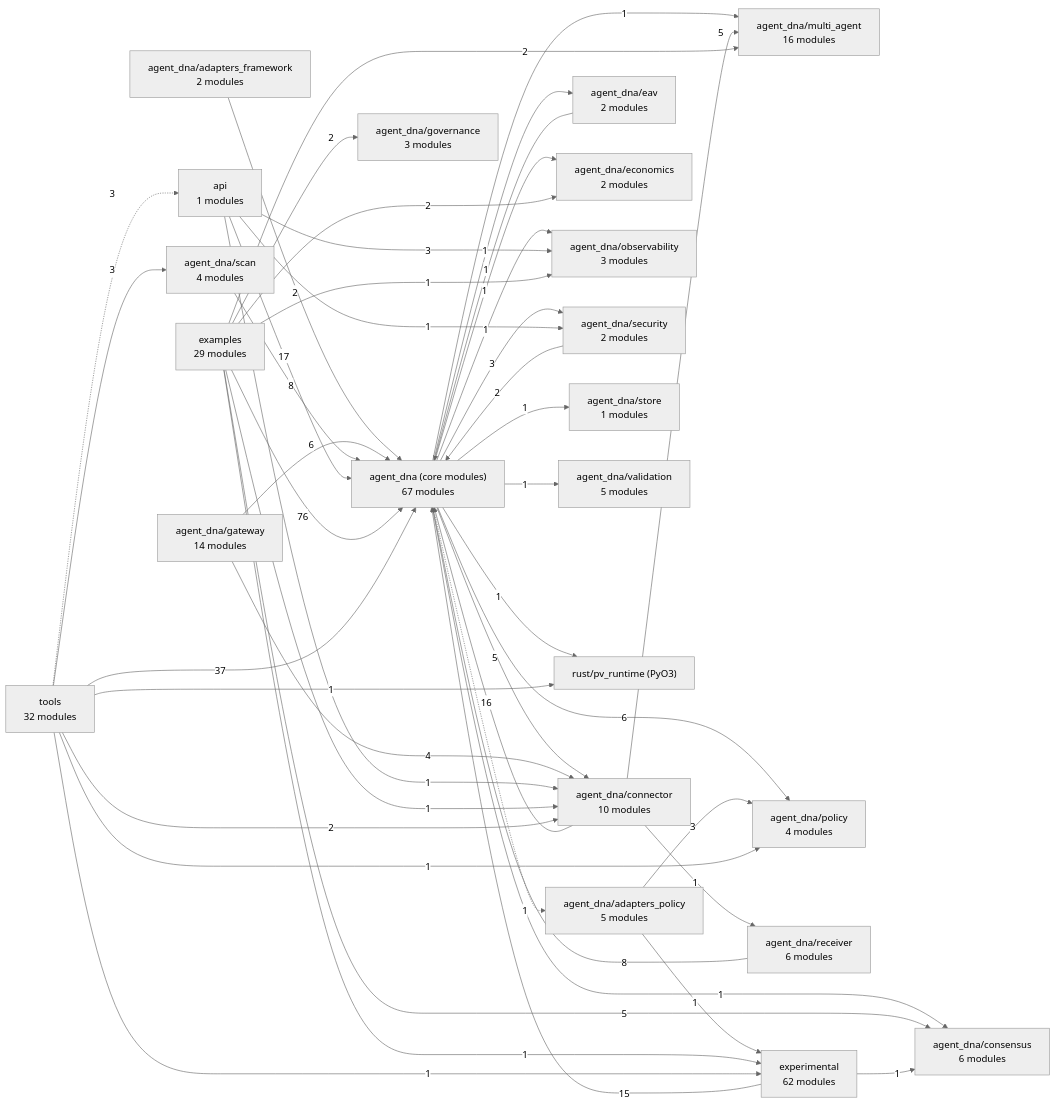
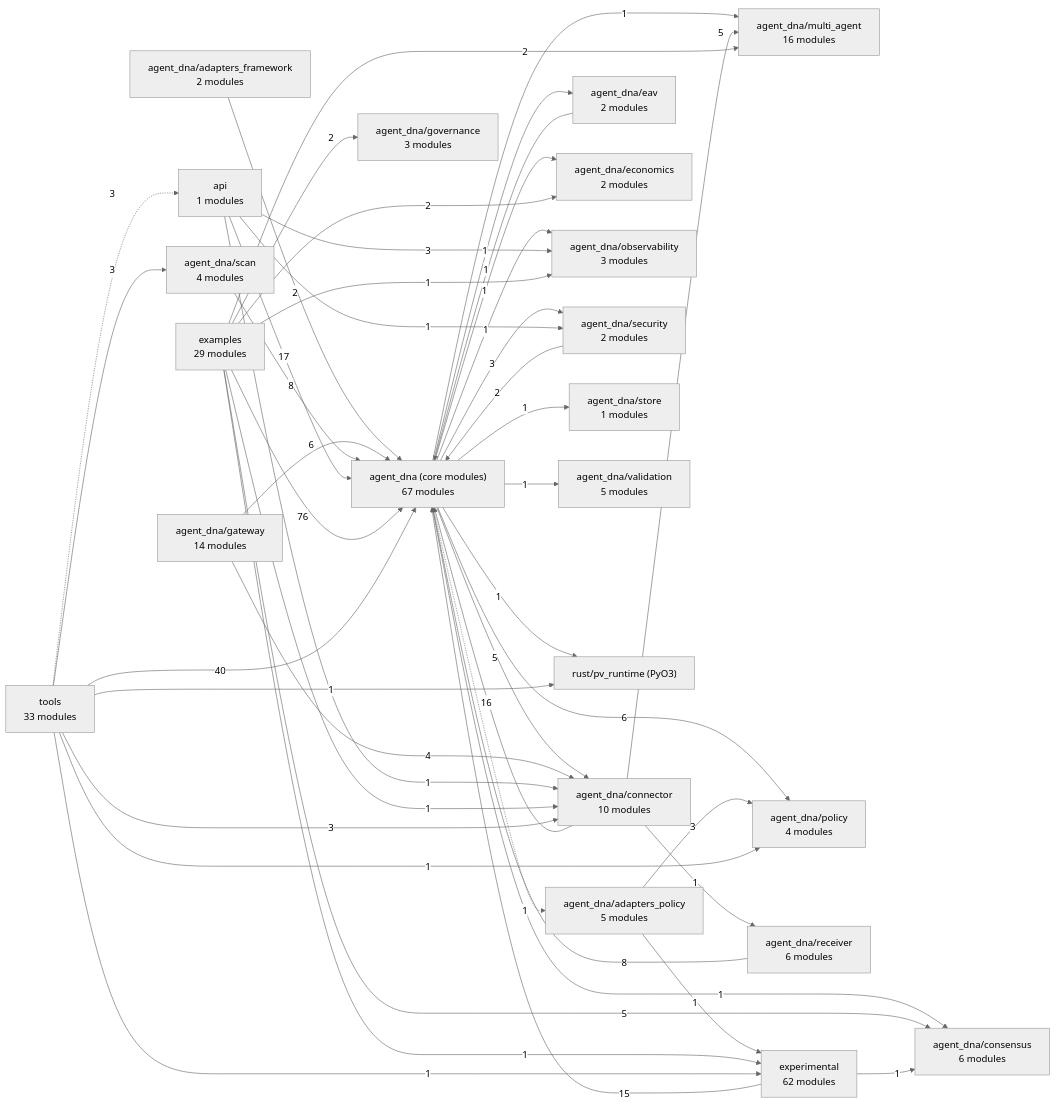
One commit to LOLA0786/privatevault-agent-dna changed the diagram in docs/architecture/MAP.md. Above: the diagram before and after it, drawn with Mermaid (neutral theme). The commit also changed other lines of this file and 9 other files, not shown here.

````diff
--- a/docs/architecture/MAP.md
+++ b/docs/architecture/MAP.md
@@ -7,70 +7,70 @@
 ```mermaid
 flowchart LR
   n0["agent_dna (core modules)<br/>67 modules"]
   n1["agent_dna/adapters_framework<br/>2 modules"]
   n2["agent_dna/adapters_policy<br/>5 modules"]
   n3["agent_dna/connector<br/>10 modules"]
   n4["agent_dna/consensus<br/>6 modules"]
   n5["agent_dna/eav<br/>2 modules"]
   n6["agent_dna/economics<br/>2 modules"]
   n7["agent_dna/gateway<br/>14 modules"]
   n8["agent_dna/governance<br/>3 modules"]
   n9["agent_dna/multi_agent<br/>16 modules"]
   n10["agent_dna/observability<br/>3 modules"]
   n11["agent_dna/policy<br/>4 modules"]
   n12["agent_dna/receiver<br/>6 modules"]
   n13["agent_dna/scan<br/>4 modules"]
   n14["agent_dna/security<br/>2 modules"]
   n15["agent_dna/store<br/>1 modules"]
   n16["agent_dna/validation<br/>5 modules"]
   n17["api<br/>1 modules"]
   n18["examples<br/>29 modules"]
   n19["experimental<br/>62 modules"]
   n20["rust/pv_runtime (PyO3)"]
-  n21["tools<br/>32 modules"]
+  n21["tools<br/>33 modules"]
   n0 -.->|1| n2
   n0 -->|5| n3
   n0 -->|1| n4
   n0 -->|1| n5
   n0 -->|1| n6
   n0 -->|1| n9
   n0 -->|1| n10
   n0 -->|6| n11
   n0 -->|3| n14
   n0 -->|1| n15
   n0 -->|1| n16
   n0 -->|1| n20
   n1 -->|2| n0
   n2 -->|3| n11
   n2 -->|1| n19
   n3 -->|16| n0
   n3 -->|5| n9
   n3 -->|1| n12
   n5 -->|1| n0
   n7 -->|6| n0
   n7 -->|4| n3
   n12 -->|8| n0
   n13 -->|8| n0
   n14 -->|2| n0
   n17 -->|17| n0
   n17 -->|1| n3
   n17 -->|3| n10
   n17 -->|1| n14
   n18 -->|76| n0
   n18 -->|1| n3
   n18 -->|5| n4
   n18 -->|2| n6
   n18 -->|2| n8
   n18 -->|2| n9
   n18 -->|1| n10
   n18 -->|1| n19
   n19 -->|15| n0
   n19 -->|1| n4
-  n21 -->|37| n0
-  n21 -->|2| n3
+  n21 -->|40| n0
+  n21 -->|3| n3
   n21 -->|1| n11
   n21 -->|3| n13
   n21 -.->|3| n17
   n21 -->|1| n19
   n21 -->|1| n20
 ```
````
